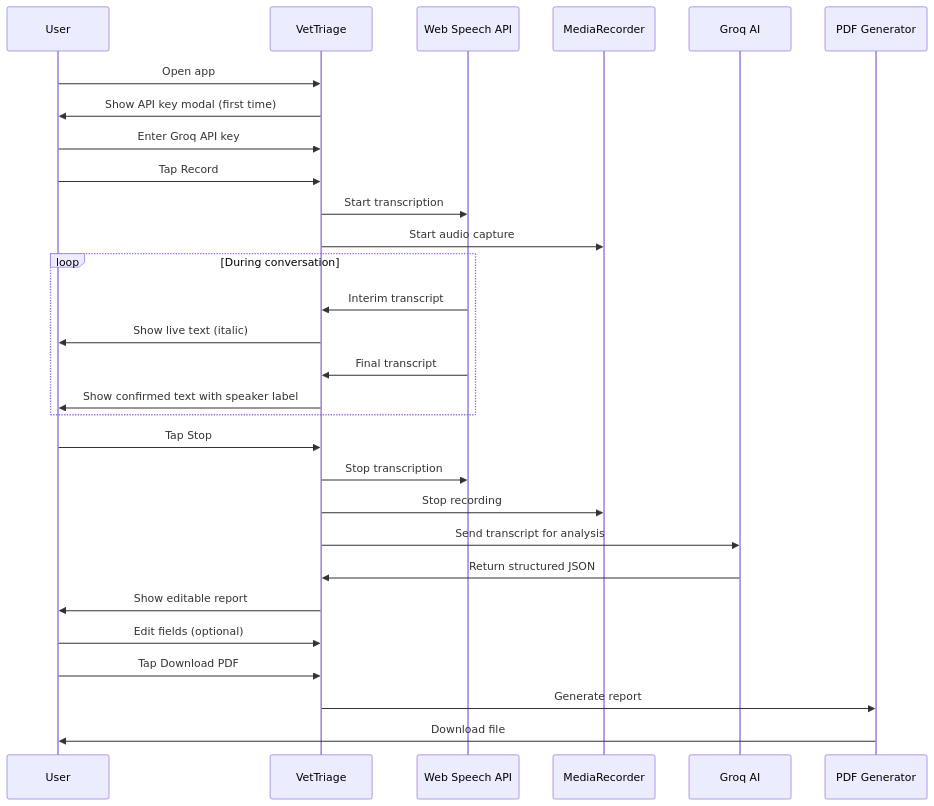
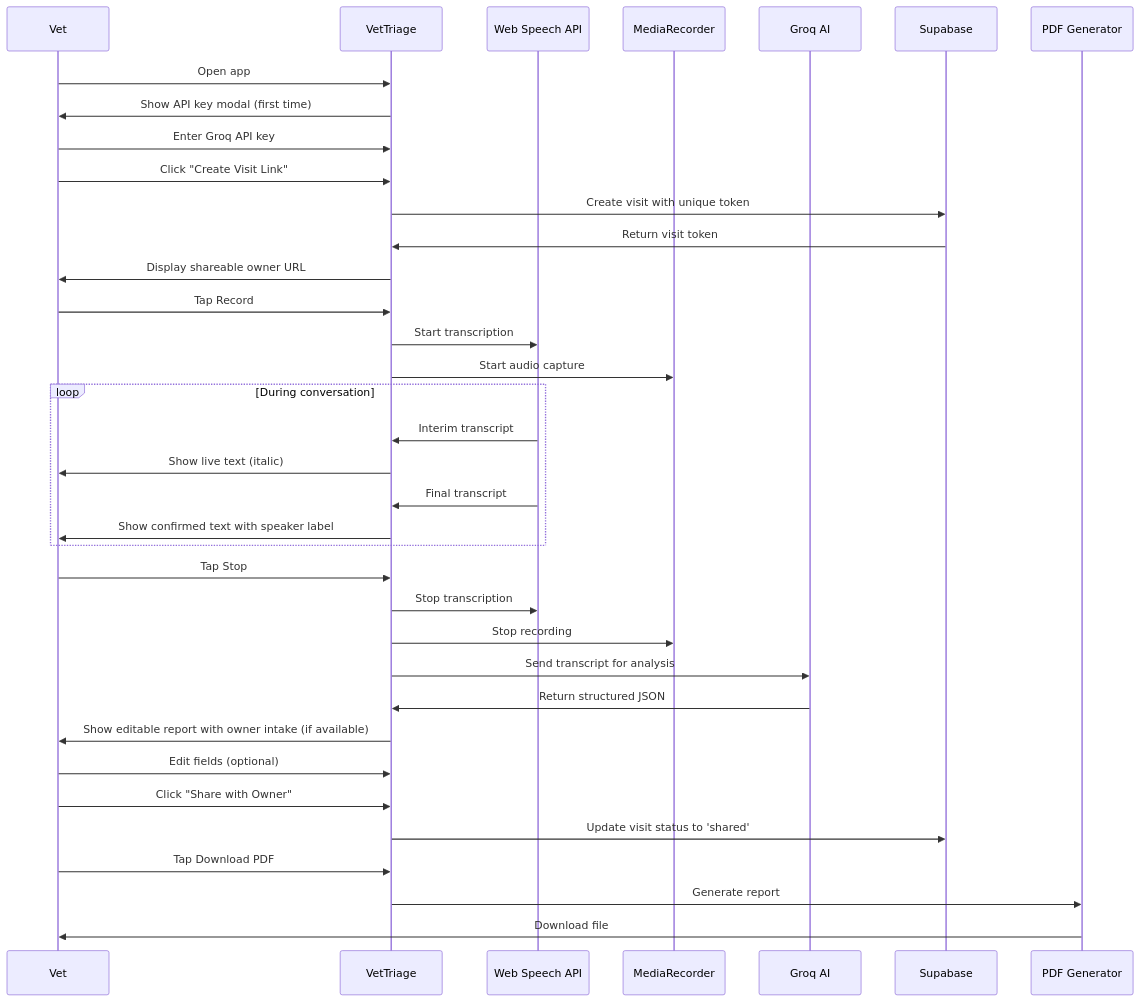
The third of 4 diagrams in README.md (Rahul-sch/VetTriage), drawn with Mermaid before and after one commit. The commit also changed other lines of this file and 1 other file, not shown here.

First line of the commit message:
Update README with owner platform, visit system, and Supabase integration

````diff
--- a/README.md
+++ b/README.md
@@ -170,36 +211,44 @@
 ```mermaid
 sequenceDiagram
-    participant U as User
+    participant V as Vet
     participant App as VetTriage
     participant WSA as Web Speech API
     participant MR as MediaRecorder
     participant AI as Groq AI
+    participant Supabase as Supabase
     participant PDF as PDF Generator
 
-    U->>App: Open app
-    App->>U: Show API key modal (first time)
-    U->>App: Enter Groq API key
+    V->>App: Open app
+    App->>V: Show API key modal (first time)
+    V->>App: Enter Groq API key
 
-    U->>App: Tap Record
+    V->>App: Click "Create Visit Link"
+    App->>Supabase: Create visit with unique token
+    Supabase->>App: Return visit token
+    App->>V: Display shareable owner URL
+
+    V->>App: Tap Record
     App->>WSA: Start transcription
     App->>MR: Start audio capture
 
     loop During conversation
         WSA->>App: Interim transcript
-        App->>U: Show live text (italic)
+        App->>V: Show live text (italic)
         WSA->>App: Final transcript
-        App->>U: Show confirmed text with speaker label
+        App->>V: Show confirmed text with speaker label
     end
 
-    U->>App: Tap Stop
+    V->>App: Tap Stop
     App->>WSA: Stop transcription
     App->>MR: Stop recording
     App->>AI: Send transcript for analysis
     AI->>App: Return structured JSON
-    App->>U: Show editable report
+    App->>V: Show editable report with owner intake (if available)
 
-    U->>App: Edit fields (optional)
-    U->>App: Tap Download PDF
+    V->>App: Edit fields (optional)
+    V->>App: Click "Share with Owner"
+    App->>Supabase: Update visit status to 'shared'
+    V->>App: Tap Download PDF
     App->>PDF: Generate report
-    PDF->>U: Download file
+    PDF->>V: Download file
 ```
````
